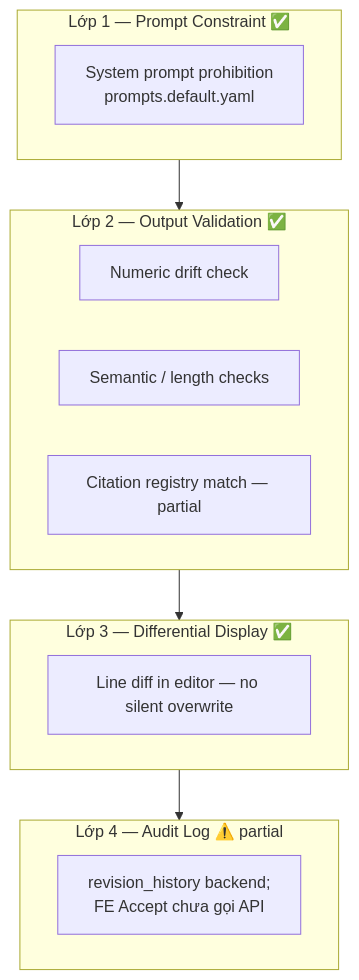
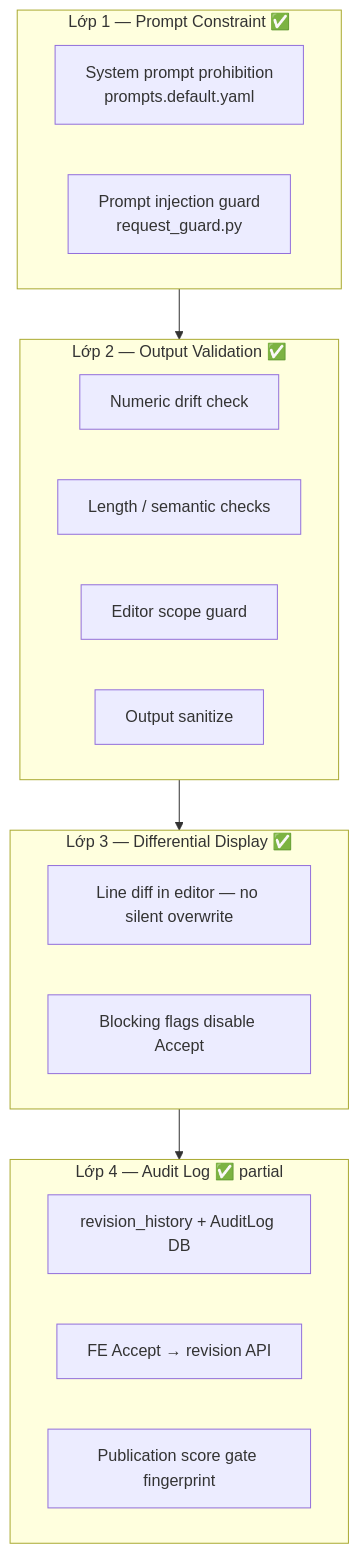
The fifth of 6 diagrams in ARCHITECTURE.md (Tai-TZ/arionear-ai-paper-editor), drawn with Mermaid before and after one commit. The commit also changed other lines of this file and 15 other files, not shown here.

First line of the commit message:
chore: remove dead code and sync architecture docs

````diff
--- a/ARCHITECTURE.md
+++ b/ARCHITECTURE.md
@@ -269,18 +385,23 @@
 ```mermaid
 flowchart TB
     subgraph L1["Lớp 1 — Prompt Constraint ✅"]
         P1[System prompt prohibition<br/>prompts.default.yaml]
+        P2[Prompt injection guard<br/>request_guard.py]
     end
     subgraph L2["Lớp 2 — Output Validation ✅"]
-        P2[Numeric drift check]
-        P3[Semantic / length checks]
-        P4[Citation registry match — partial]
+        P3[Numeric drift check]
+        P4[Length / semantic checks]
+        P5[Editor scope guard]
+        P6[Output sanitize]
     end
     subgraph L3["Lớp 3 — Differential Display ✅"]
-        P5[Line diff in editor — no silent overwrite]
+        P7[Line diff in editor — no silent overwrite]
+        P8[Blocking flags disable Accept]
     end
-    subgraph L4["Lớp 4 — Audit Log ⚠️ partial"]
-        P6[revision_history backend;<br/>FE Accept chưa gọi API]
+    subgraph L4["Lớp 4 — Audit Log ✅ partial"]
+        P9[revision_history + AuditLog DB]
+        P10[FE Accept → revision API]
+        P11[Publication score gate fingerprint]
     end
     L1 --> L2 --> L3 --> L4
 ```
````
